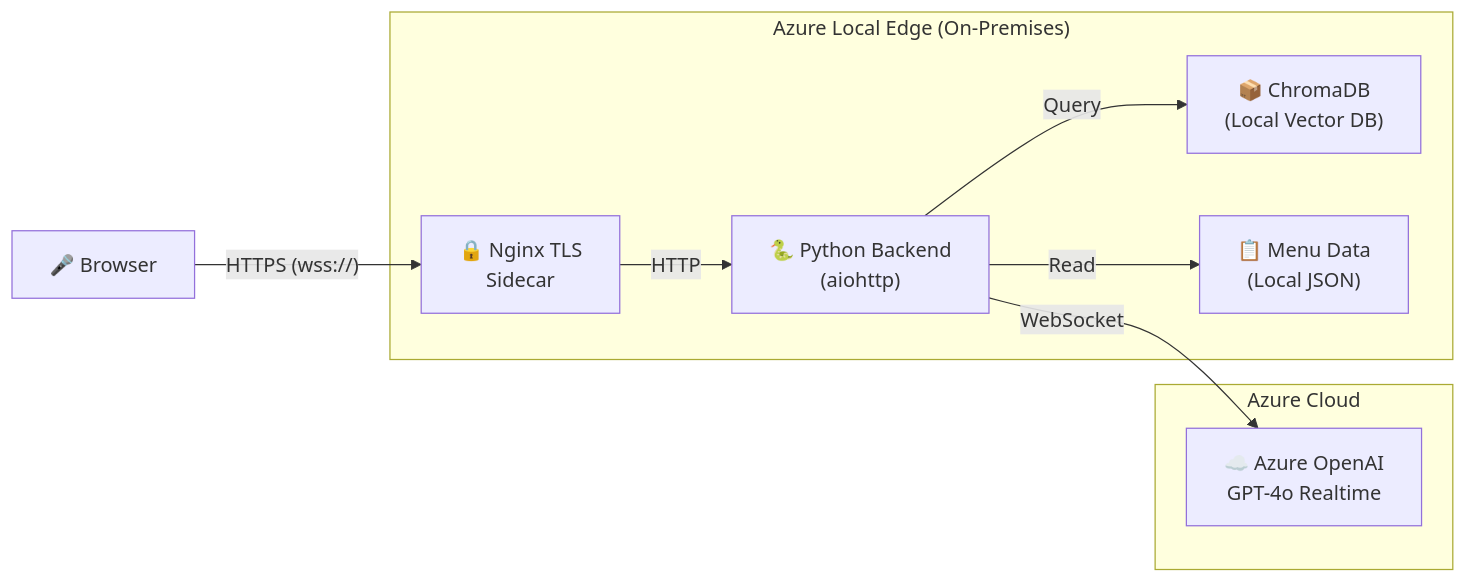
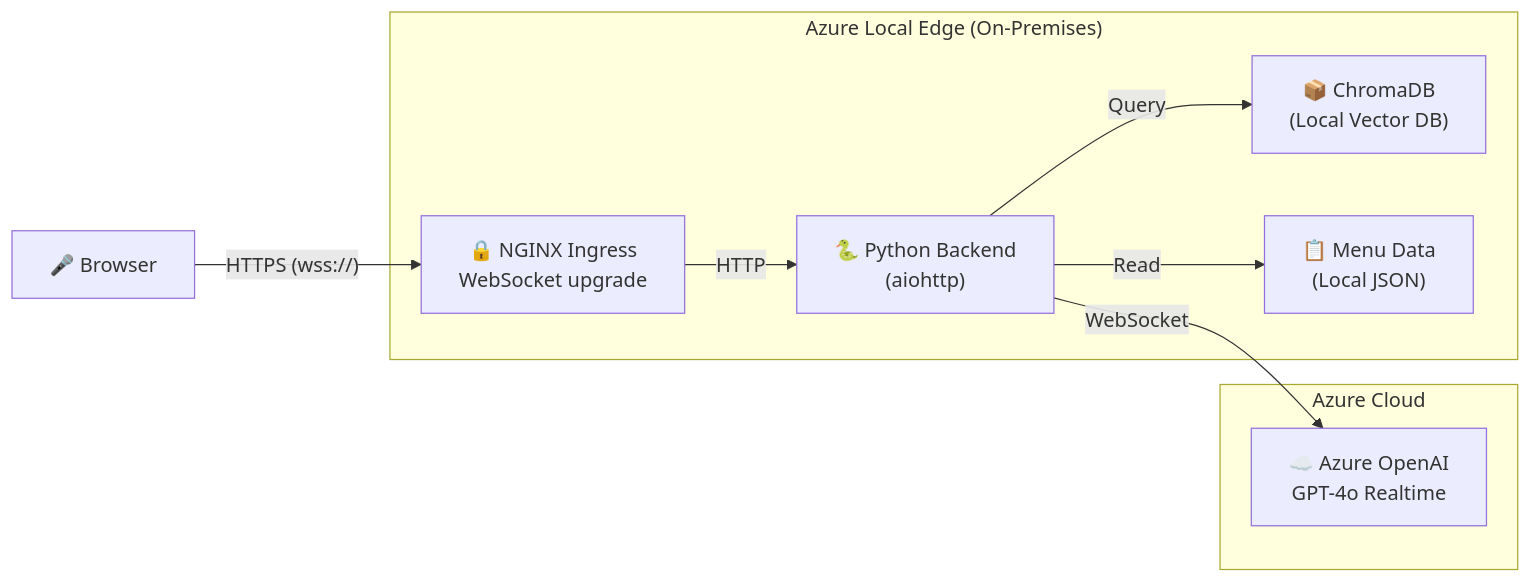
Before and after one commit to mgodfre3/dunkin-chat-voice-assistant: the diagram in README.md, drawn with Mermaid. The commit also changed other lines of this file and 3 other files, not shown here.

````diff
--- a/README.md
+++ b/README.md
@@ -30,19 +31,19 @@
 ```mermaid
 graph LR
-    Browser["🎤 Browser"] -->|"HTTPS (wss://)"| Nginx["🔒 Nginx TLS<br/>Sidecar"]
-    Nginx -->|HTTP| Backend["🐍 Python Backend<br/>(aiohttp)"]
+    Browser["🎤 Browser"] -->|"HTTPS (wss://)"| Ingress["🔒 NGINX Ingress<br/>WebSocket upgrade"]
+    Ingress -->|HTTP| Backend["🐍 Python Backend<br/>(aiohttp)"]
     Backend -->|"WebSocket"| AzureOAI["☁️ Azure OpenAI<br/>GPT-4o Realtime"]
     Backend -->|Query| ChromaDB["📦 ChromaDB<br/>(Local Vector DB)"]
     Backend -->|Read| Menu["📋 Menu Data<br/>(Local JSON)"]
 
     subgraph "Azure Local Edge (On-Premises)"
-        Nginx
+        Ingress
         Backend
         ChromaDB
         Menu
     end
 
     subgraph "Azure Cloud"
         AzureOAI
     end
 ```
````
